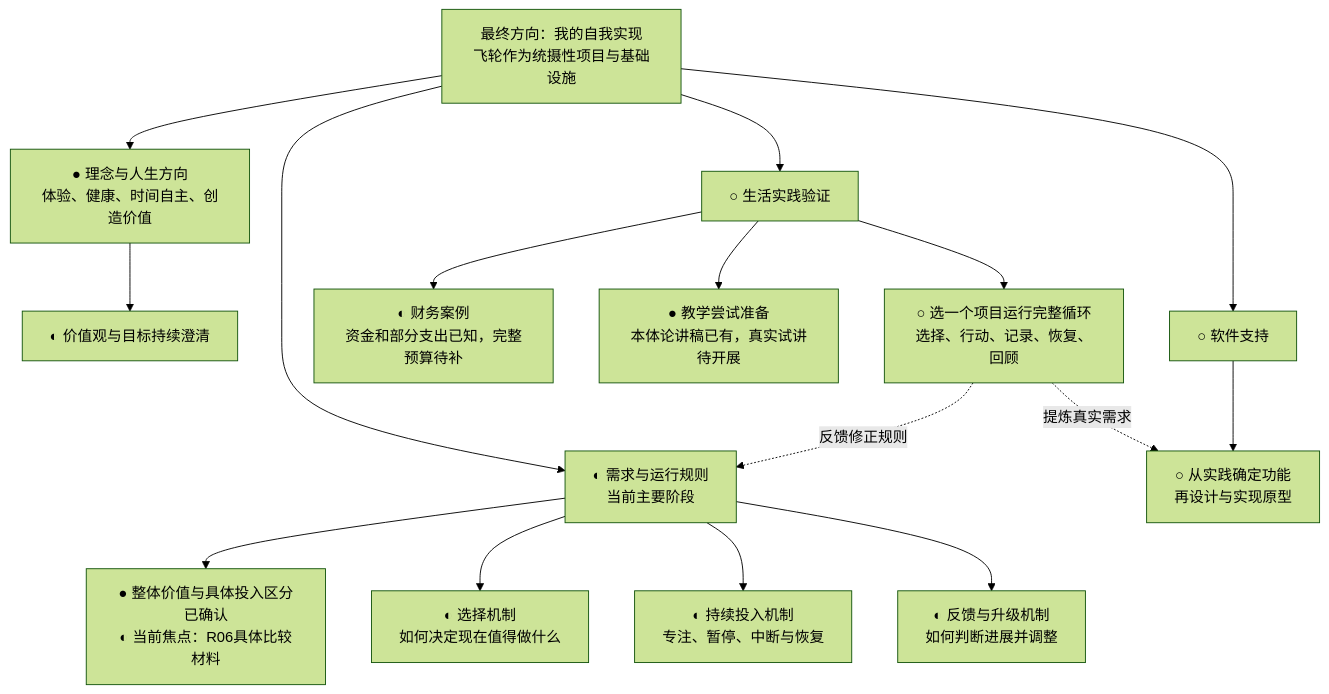
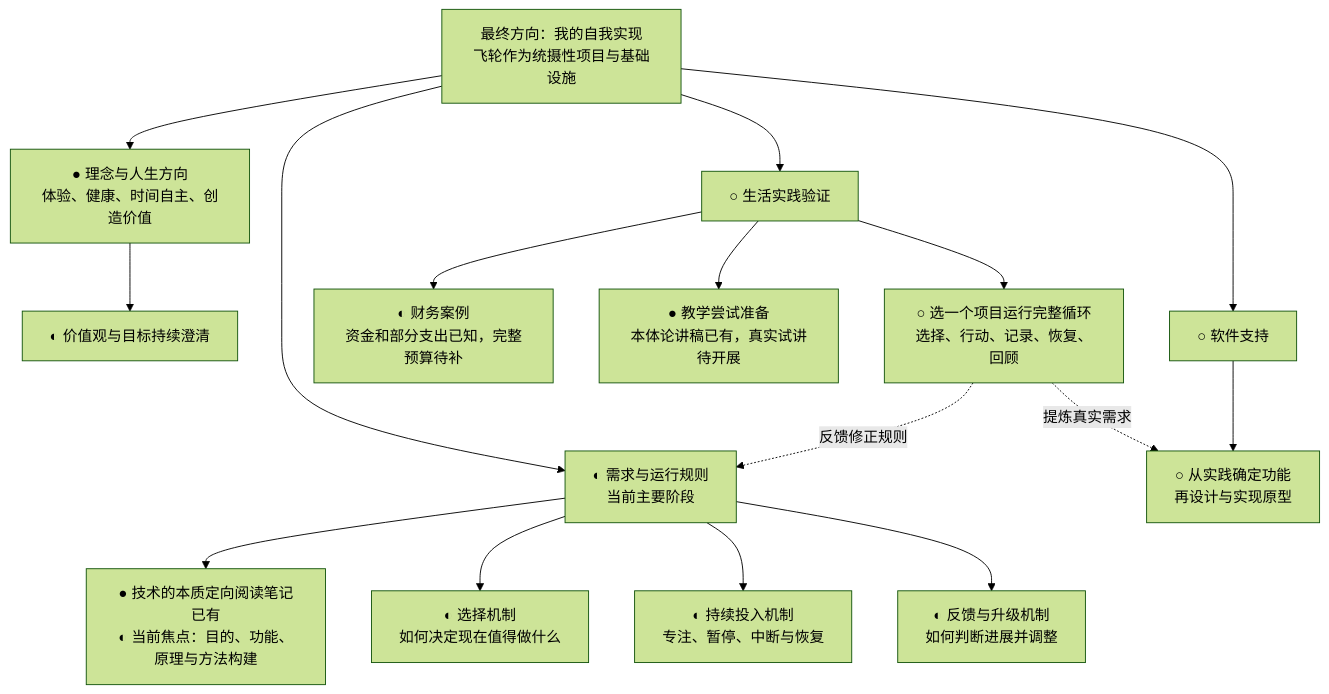
One commit to fangjiaqi2023-jpg/life-flywheel changed the first of 2 diagrams in 项目/人生飞轮/项目推进图.md. Above: the diagram before and after it, drawn with Mermaid (forest theme). The commit also changed other lines of this file, not shown here.

````diff
--- a/项目/人生飞轮/项目推进图.md
+++ b/项目/人生飞轮/项目推进图.md
@@ -11,22 +11,22 @@
 ```mermaid
 flowchart TD
     M[最终方向：我的自我实现<br/>飞轮作为统摄性项目与基础设施]
     M --> A[● 理念与人生方向<br/>体验、健康、时间自主、创造价值]
     M --> B[◐ 需求与运行规则<br/>当前主要阶段]
     M --> C[○ 生活实践验证]
     M --> D[○ 软件支持]
 
     A --> A1[◐ 价值观与目标持续澄清]
-    B --> B0[● 整体价值与具体投入区分已确认<br/>◐ 当前焦点：R06具体比较材料]
+    B --> B0[● 技术的本质定向阅读笔记已有<br/>◐ 当前焦点：目的、功能、原理与方法构建]
     B --> B1[◐ 选择机制<br/>如何决定现在值得做什么]
     B --> B2[◐ 持续投入机制<br/>专注、暂停、中断与恢复]
     B --> B3[◐ 反馈与升级机制<br/>如何判断进展并调整]
 
     C --> C1[◐ 财务案例<br/>资金和部分支出已知，完整预算待补]
     C --> C2[● 教学尝试准备<br/>本体论讲稿已有，真实试讲待开展]
     C --> C3[○ 选一个项目运行完整循环<br/>选择、行动、记录、恢复、回顾]
     D --> D1[○ 从实践确定功能<br/>再设计与实现原型]
 
     C3 -.反馈修正规则.-> B
     C3 -.提炼真实需求.-> D1
 ```
````
